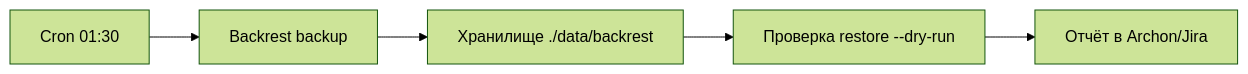
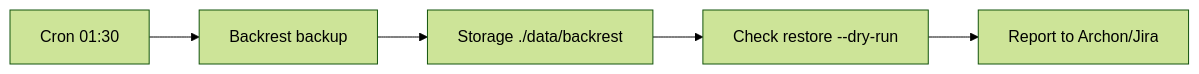
The diagram in docs/operations/backup-guide.md (DIZ-admin/erni-ki), drawn with Mermaid (forest theme) before and after one commit. The commit also changed other lines of this file and 61 other files, not shown here.

````diff
--- a/docs/operations/backup-guide.md
+++ b/docs/operations/backup-guide.md
@@ -60,7 +59,7 @@
 ```mermaid
 flowchart LR
   Schedule[Cron 01:30] --> Backrest[Backrest backup]
-  Backrest --> Store[Хранилище ./data/backrest]
-  Store --> Verify[Проверка restore --dry-run]
-  Verify --> Report[Отчёт в Archon/Jira]
+  Backrest --> Store[Storage ./data/backrest]
+  Store --> Verify[Check restore --dry-run]
+  Verify --> Report[Report to Archon/Jira]
 ```
````
